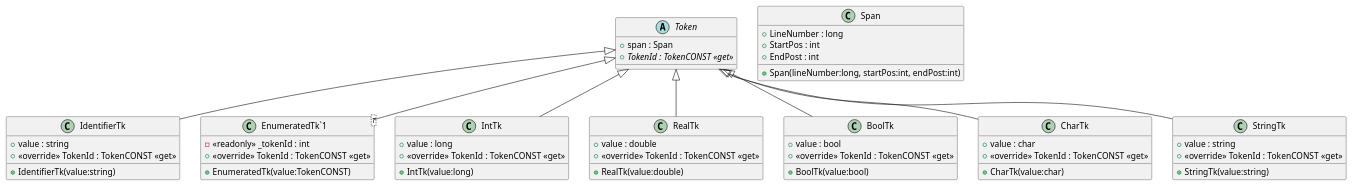
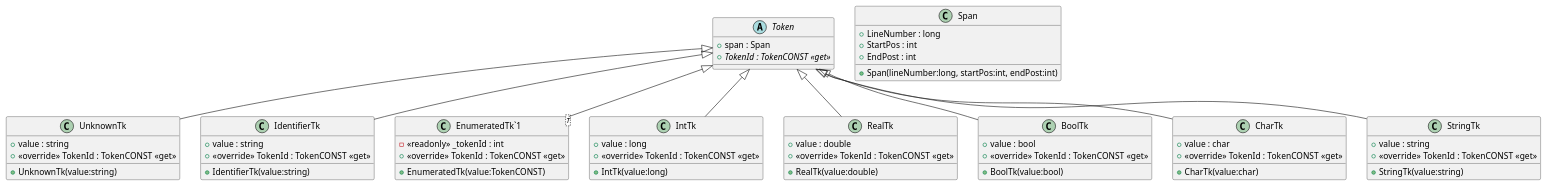
The diagram in Compiler/Tokens/Token.puml (Majorro/Compiler), drawn with PlantUML before and after one commit. The commit also changed 5 other files, not shown here.

Commit message:
Add unknown token type

```diff
--- a/Compiler/Tokens/Token.puml
+++ b/Compiler/Tokens/Token.puml
@@ -1,54 +1,60 @@
 @startuml
 abstract class Token {
     + span : Span
     + {abstract} TokenId : TokenCONST <<get>>
+}
+class UnknownTk {
+    + value : string
+    + UnknownTk(value:string)
+    + <<override>> TokenId : TokenCONST <<get>>
 }
 class IdentifierTk {
     + value : string
     + IdentifierTk(value:string)
     + <<override>> TokenId : TokenCONST <<get>>
 }
 class "EnumeratedTk`1"<T> {
     - <<readonly>> _tokenId : int
     + EnumeratedTk(value:TokenCONST)
     + <<override>> TokenId : TokenCONST <<get>>
 }
 class IntTk {
     + value : long
     + IntTk(value:long)
     + <<override>> TokenId : TokenCONST <<get>>
 }
 class RealTk {
     + value : double
     + RealTk(value:double)
     + <<override>> TokenId : TokenCONST <<get>>
 }
 class BoolTk {
     + value : bool
     + BoolTk(value:bool)
     + <<override>> TokenId : TokenCONST <<get>>
 }
 class CharTk {
     + value : char
     + CharTk(value:char)
     + <<override>> TokenId : TokenCONST <<get>>
 }
 class StringTk {
     + value : string
     + StringTk(value:string)
     + <<override>> TokenId : TokenCONST <<get>>
 }
 class Span {
     + LineNumber : long
     + StartPos : int
     + EndPost : int
     + Span(lineNumber:long, startPos:int, endPost:int)
 }
+Token <|-- UnknownTk
 Token <|-- IdentifierTk
 Token <|-- "EnumeratedTk`1"
 Token <|-- IntTk
 Token <|-- RealTk
 Token <|-- BoolTk
 Token <|-- CharTk
 Token <|-- StringTk
 @enduml
```
